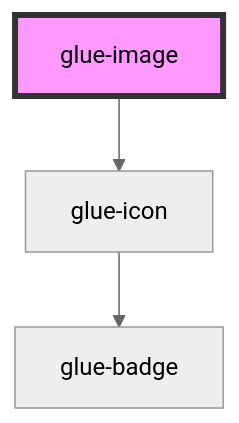
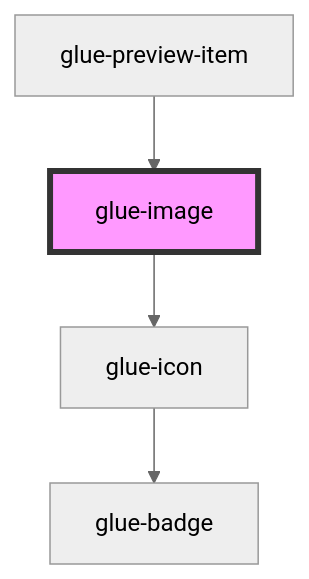
One commit to grasilife/glue changed the diagram in packages/glue-components/src/components/glue-image/readme.md. Above: the diagram before and after it, drawn with Mermaid (neutral theme). The commit also changed other lines of this file and 71 other files, not shown here.

````diff
--- a/packages/glue-components/src/components/glue-image/readme.md
+++ b/packages/glue-components/src/components/glue-image/readme.md
@@ -42,6 +45,7 @@
 ```mermaid
 graph TD;
   glue-image --> glue-icon
   glue-icon --> glue-badge
+  glue-preview-item --> glue-image
   style glue-image fill:#f9f,stroke:#333,stroke-width:4px
 ```
````
